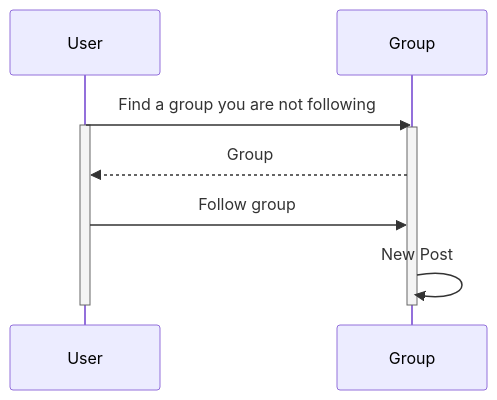
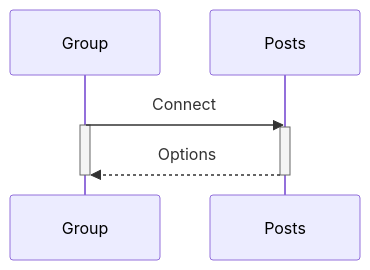
One commit to soyoboyo/jmsei changed the diagram in readme.md. Above: the diagram before and after it, drawn with Mermaid.

````diff
--- a/readme.md
+++ b/readme.md
@@ -1,11 +1,9 @@
 ```mermaid
 sequenceDiagram
-        User->>Group: Find a group you are not following
-        activate User
-        activate Group
-        Group-->>User: Group
-        User->>Group: Follow group
-        Group->>Group: New Post
-        deactivate Group
-        deactivate User
+	Group->>Posts: Connect
+	activate Group
+	activate Posts
+	Posts-->>Group: Options
+	deactivate Group
+	deactivate Posts
 ```
````
